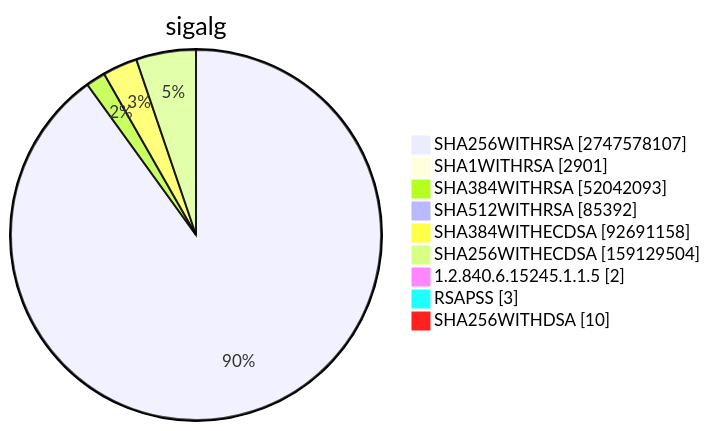
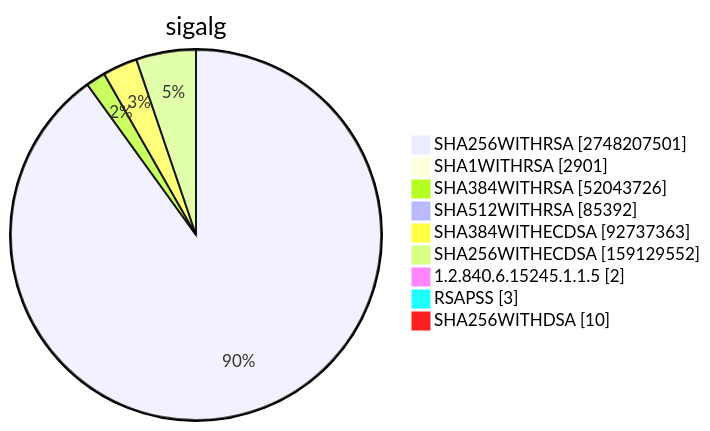
Diagram 15 of 15 in TOTAL/README.md (christiankrug/ctmonitor_visualization), drawn with Mermaid before and after one commit. The commit also changed other lines of this file, not shown here.

````diff
--- a/TOTAL/README.md
+++ b/TOTAL/README.md
@@ -6205,13 +6205,13 @@
 ```mermaid
 pie showData
 title sigalg
-"SHA256WITHRSA" :2747578107
+"SHA256WITHRSA" :2748207501
 "SHA1WITHRSA" :2901
-"SHA384WITHRSA" :52042093
+"SHA384WITHRSA" :52043726
 "SHA512WITHRSA" :85392
-"SHA384WITHECDSA" :92691158
-"SHA256WITHECDSA" :159129504
+"SHA384WITHECDSA" :92737363
+"SHA256WITHECDSA" :159129552
 "1.2.840.6.15245.1.1.5" :2
 "RSAPSS" :3
 "SHA256WITHDSA" :10
 ```
````
